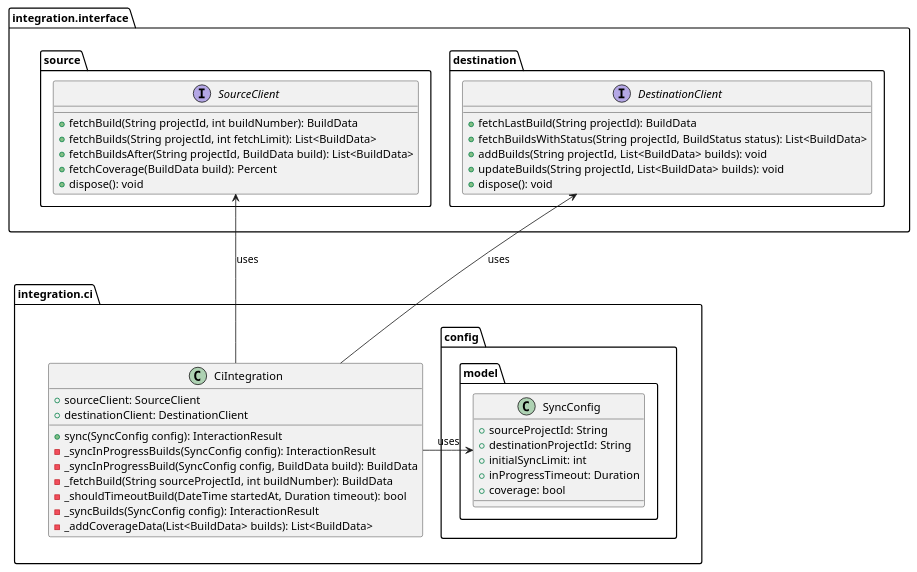
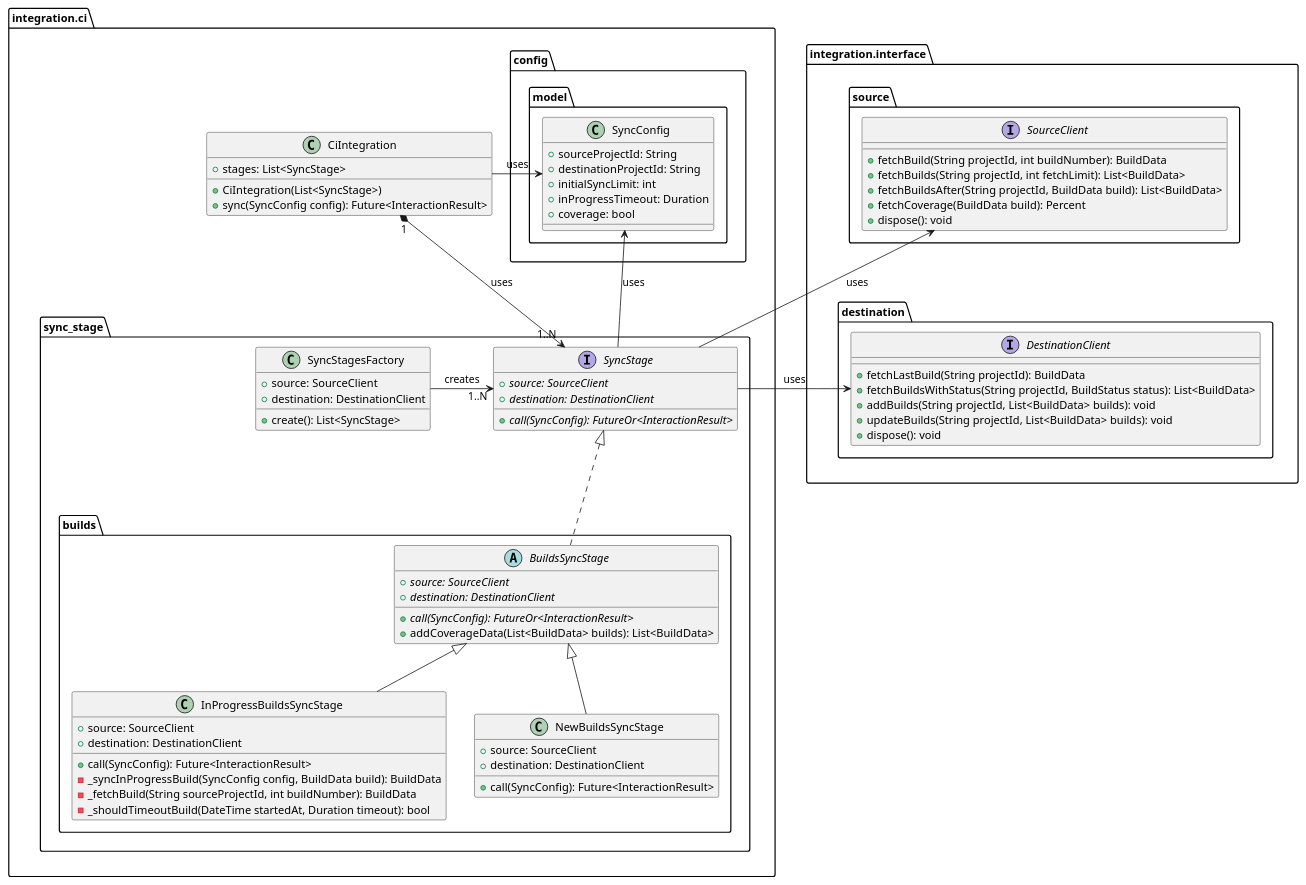
Before and after one commit to Flank/flank-dashboard: the diagram in metrics/ci_integrations/docs/diagrams/sync_algorithm_class_diagram.puml, drawn with PlantUML. The commit also changed 4 other files, not shown here.

```diff
--- a/metrics/ci_integrations/docs/diagrams/sync_algorithm_class_diagram.puml
+++ b/metrics/ci_integrations/docs/diagrams/sync_algorithm_class_diagram.puml
@@ -1,57 +1,95 @@
 @startuml sync_algorithm_class_diagram
 'https://plantuml.com/class-diagram
 
 package integration.interface as Interface {
     package source {
         interface SourceClient {
             + fetchBuild(String projectId, int buildNumber): BuildData
             + fetchBuilds(String projectId, int fetchLimit): List<BuildData>
             + fetchBuildsAfter(String projectId, BuildData build): List<BuildData>
             + fetchCoverage(BuildData build): Percent
             + dispose(): void
         }
     }
 
     package destination {
         interface DestinationClient {
             + fetchLastBuild(String projectId): BuildData
             + fetchBuildsWithStatus(String projectId, BuildStatus status): List<BuildData>
             + addBuilds(String projectId, List<BuildData> builds): void
             + updateBuilds(String projectId, List<BuildData> builds): void
             + dispose(): void
         }
     }
+
+    SourceClient -[hidden]down- DestinationClient
 }
 
 package integration.ci as CI {
     package config.model {
         class SyncConfig {
             + sourceProjectId: String
             + destinationProjectId: String
             + initialSyncLimit: int
             + inProgressTimeout: Duration
             + coverage: bool
         }
     }
 
+    package sync_stage {
+        class SyncStagesFactory {
+            + source: SourceClient
+            + destination: DestinationClient
+            + create(): List<SyncStage>
+        }
+
+        package builds {
+            abstract class BuildsSyncStage {
+                + {abstract} source: SourceClient
+                + {abstract} destination: DestinationClient
+                + {abstract} call(SyncConfig): FutureOr<InteractionResult>
+                + addCoverageData(List<BuildData> builds): List<BuildData>
+            }
+            class InProgressBuildsSyncStage extends BuildsSyncStage {
+                + source: SourceClient
+                + destination: DestinationClient
+                + call(SyncConfig): Future<InteractionResult>
+                - _syncInProgressBuild(SyncConfig config, BuildData build): BuildData
+                - _fetchBuild(String sourceProjectId, int buildNumber): BuildData
+                - _shouldTimeoutBuild(DateTime startedAt, Duration timeout): bool
+            }
+
+            class NewBuildsSyncStage extends BuildsSyncStage {
+                + source: SourceClient
+                + destination: DestinationClient
+                + call(SyncConfig): Future<InteractionResult>
+            }
+        }
+
+        interface SyncStage {
+            + {abstract} source: SourceClient
+            + {abstract} destination: DestinationClient
+            + {abstract} call(SyncConfig): FutureOr<InteractionResult>
+        }
+
+        BuildsSyncStage .up.|> SyncStage
+    }
+
     class CiIntegration {
-        + sourceClient: SourceClient
-        + destinationClient: DestinationClient
-        + sync(SyncConfig config): InteractionResult
-        - _syncInProgressBuilds(SyncConfig config): InteractionResult
-        - _syncInProgressBuild(SyncConfig config, BuildData build): BuildData
-        - _fetchBuild(String sourceProjectId, int buildNumber): BuildData
-        - _shouldTimeoutBuild(DateTime startedAt, Duration timeout): bool
-        - _syncBuilds(SyncConfig config): InteractionResult
-        - _addCoverageData(List<BuildData> builds): List<BuildData>
+        + stages: List<SyncStage>
+        + CiIntegration(List<SyncStage>)
+        + sync(SyncConfig config): Future<InteractionResult>
     }
 
     CiIntegration -right-> SyncConfig: uses
+    SyncStagesFactory -right-> "1..N" SyncStage: creates
+    CiIntegration "1" *-down-> "1..N" SyncStage: uses
 }
 
 Interface -[hidden]down-> CI
 
-CiIntegration -up-> SourceClient: uses
-CiIntegration -up-> DestinationClient: uses
+SyncStage -right-> SourceClient: uses
+SyncStage -right-> DestinationClient: uses
+SyncStage -up-> SyncConfig: uses
 
 @enduml
```
